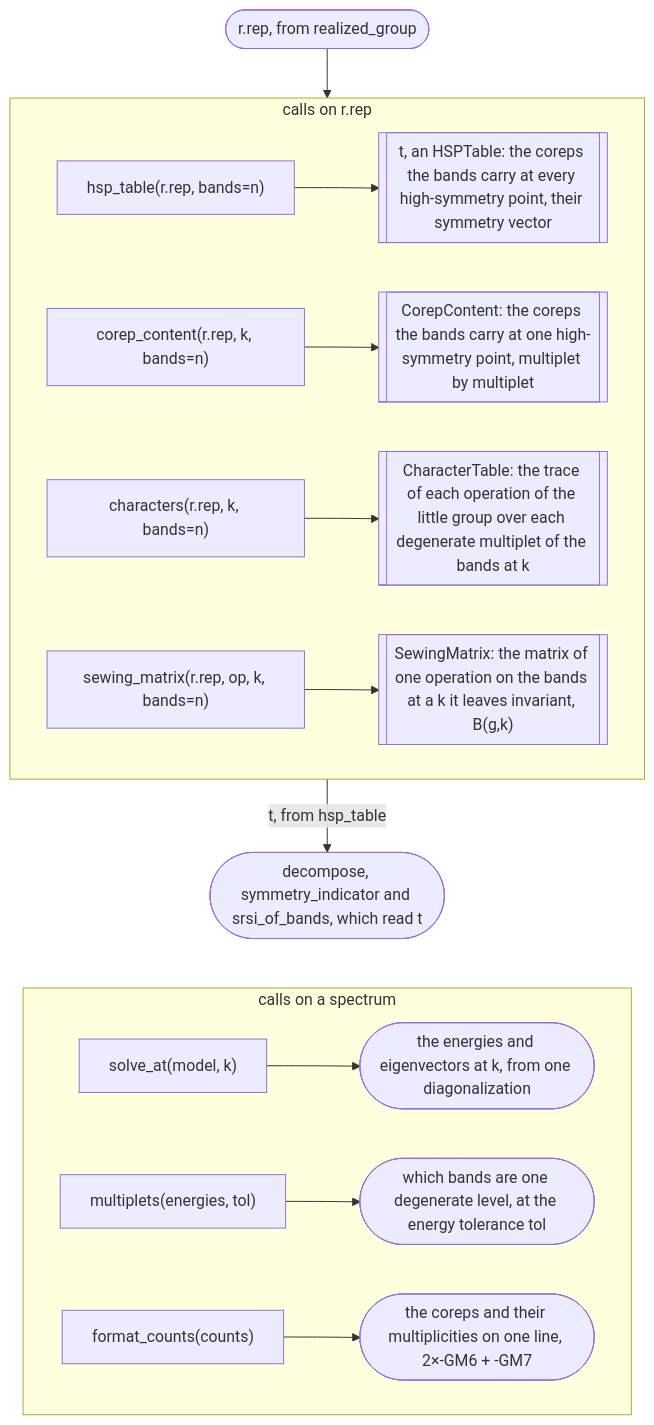
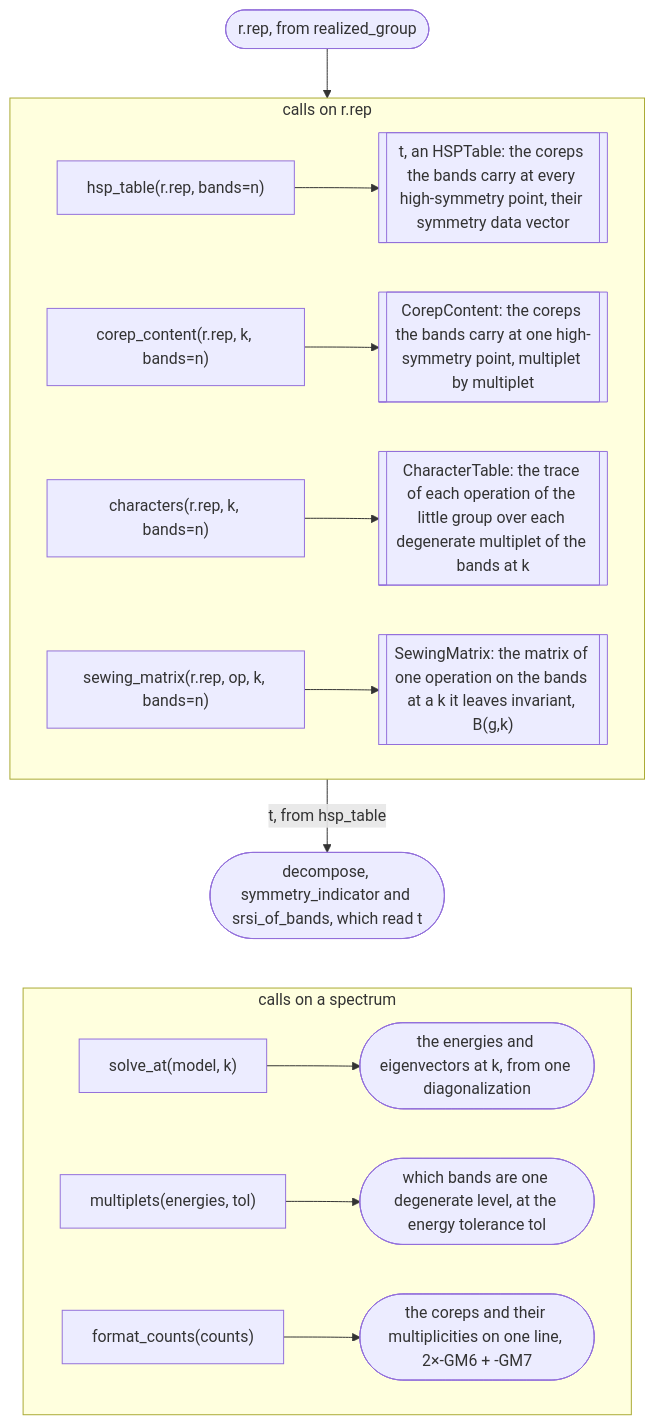
The sixth of 8 diagrams in docs/background/modules.md (bbradlyn/pythtqc), drawn with Mermaid before and after one commit. The commit also changed other lines of this file and 32 other files, not shown here.

First line of the commit message:
pythtqc: the symmetry data vector, as the papers name it

````diff
--- a/docs/background/modules.md
+++ b/docs/background/modules.md
@@ -195,24 +195,24 @@
 ```mermaid
 flowchart TD
     w_rep(["r.rep, from realized_group"])
     w_next(["decompose, symmetry_indicator and srsi_of_bands, which read t"])
 
     w_rep --> w_calls
     w_calls -- "t, from hsp_table" --> w_next
     w_next ~~~ w_tools
 
     subgraph w_calls ["calls on r.rep"]
         direction LR
-        w_ht["hsp_table(r.rep, bands=n)"] --> w_HT[["t, an HSPTable: the coreps the bands carry at every high-symmetry point, their symmetry vector"]]
+        w_ht["hsp_table(r.rep, bands=n)"] --> w_HT[["t, an HSPTable: the coreps the bands carry at every high-symmetry point, their symmetry data vector"]]
         w_cc["corep_content(r.rep, k, bands=n)"] --> w_CC[["CorepContent: the coreps the bands carry at one high-symmetry point, multiplet by multiplet"]]
         w_ch["characters(r.rep, k, bands=n)"] --> w_CT[["CharacterTable: the trace of each operation of the little group over each degenerate multiplet of the bands at k"]]
         w_sm["sewing_matrix(r.rep, op, k, bands=n)"] --> w_SM[["SewingMatrix: the matrix of one operation on the bands at a k it leaves invariant, B(g,k)"]]
     end
 
     subgraph w_tools ["calls on a spectrum"]
         direction LR
         w_solve["solve_at(model, k)"] --> w_solve_out(["the energies and eigenvectors at k, from one diagonalization"])
         w_mult["multiplets(energies, tol)"] --> w_mult_out(["which bands are one degenerate level, at the energy tolerance tol"])
         w_fmt["format_counts(counts)"] --> w_fmt_out(["the coreps and their multiplicities on one line, 2×-GM6 + -GM7"])
     end
 ```
````
